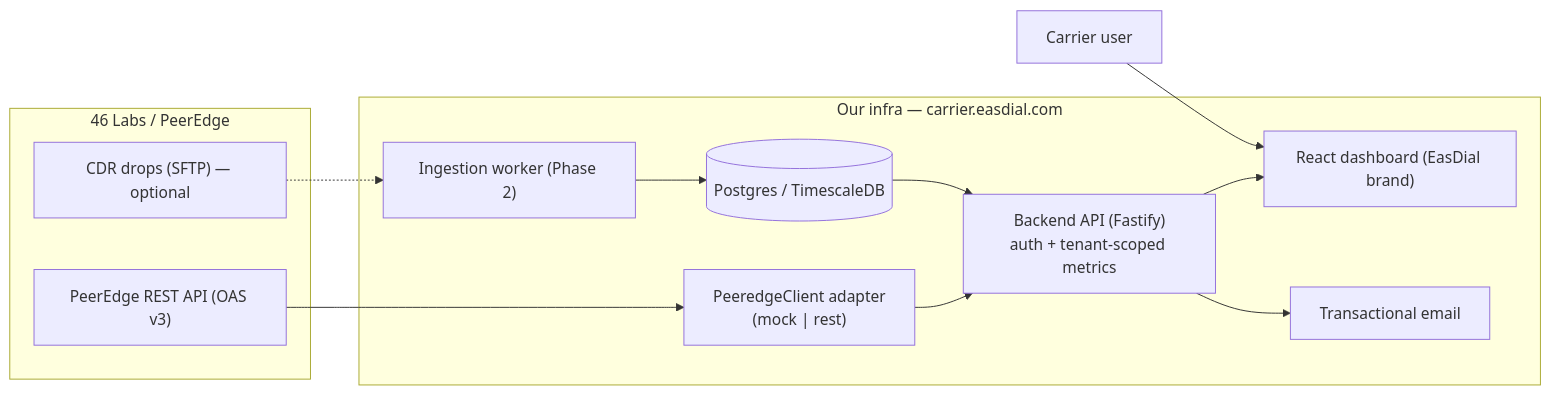
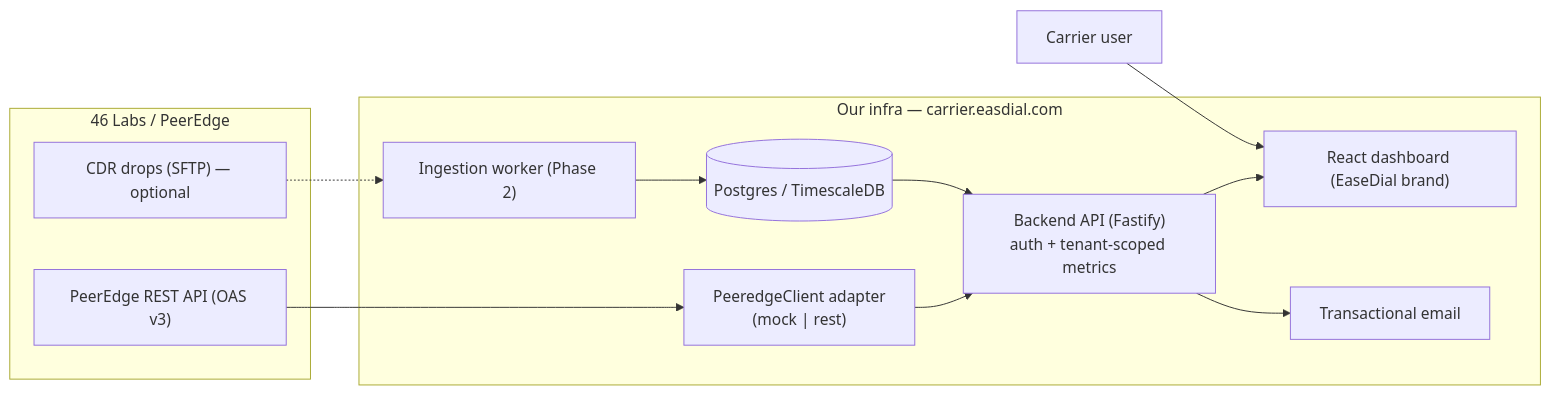
One commit to Adityasiig/easdial-portal changed the diagram in ARCHITECTURE.md. Above: the diagram before and after it, drawn with Mermaid. The commit also changed other lines of this file and 21 other files, not shown here.

Commit message:
Secure CDR trunk data and rebrand portal to EaseDial

````diff
--- a/ARCHITECTURE.md
+++ b/ARCHITECTURE.md
@@ -17,24 +17,24 @@
 ```mermaid
 flowchart LR
     subgraph Vendor["46 Labs / PeerEdge"]
         API["PeerEdge REST API (OAS v3)"]
         SFTP["CDR drops (SFTP) — optional"]
     end
-    subgraph EasDial["Our infra — carrier.easdial.com"]
+    subgraph EaseDial["Our infra — carrier.easdial.com"]
         Adapter["PeeredgeClient adapter<br/>(mock | rest)"]
         Ingest["Ingestion worker (Phase 2)"]
         DB[("Postgres / TimescaleDB")]
         Backend["Backend API (Fastify)<br/>auth + tenant-scoped metrics"]
-        UI["React dashboard (EasDial brand)"]
+        UI["React dashboard (EaseDial brand)"]
         Mail["Transactional email"]
     end
     Carrier["Carrier user"]
     API --> Adapter
     SFTP -.-> Ingest
     Adapter --> Backend
     Ingest --> DB
     DB --> Backend
     Backend --> UI
     Backend --> Mail
     Carrier --> UI
 ```
````
